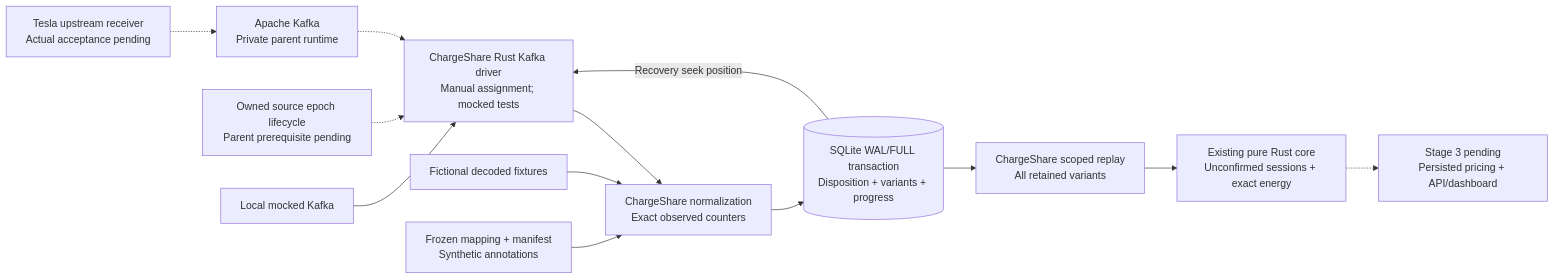
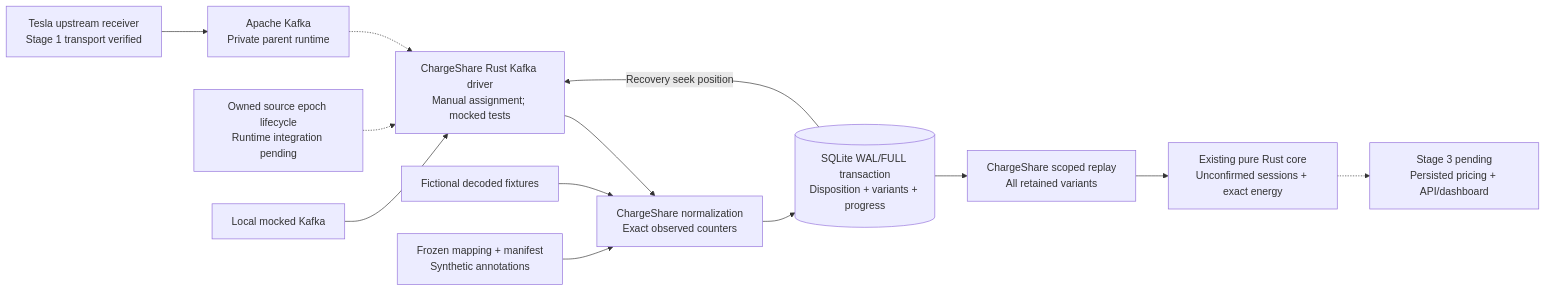
The diagram in openspec/changes/durable-synthetic-ingestion/design.md (jestrada/ChargeShare), drawn with Mermaid before and after one commit. The commit also changed other lines of this file and 7 other files, not shown here.

Commit message:
Reconcile ingestion with verified parent and check platform boundaries

````diff
--- a/openspec/changes/durable-synthetic-ingestion/design.md
+++ b/openspec/changes/durable-synthetic-ingestion/design.md
@@ -7,15 +7,15 @@
 ```mermaid
 flowchart LR
-    receiver["Tesla upstream receiver<br/>Actual acceptance pending"] -.-> kafka["Apache Kafka<br/>Private parent runtime"]
+    receiver["Tesla upstream receiver<br/>Stage 1 transport verified"] --> kafka["Apache Kafka<br/>Private parent runtime"]
     kafka -.-> consumer["ChargeShare Rust Kafka driver<br/>Manual assignment; mocked tests"]
-    epoch["Owned source epoch lifecycle<br/>Parent prerequisite pending"] -.-> consumer
+    epoch["Owned source epoch lifecycle<br/>Runtime integration pending"] -.-> consumer
     mock["Local mocked Kafka"] --> consumer
     candidate["Fictional decoded fixtures"] --> adapter["ChargeShare normalization<br/>Exact observed counters"]
     consumer --> adapter
     manifest["Frozen mapping + manifest<br/>Synthetic annotations"] --> adapter
     adapter --> transaction[("SQLite WAL/FULL transaction<br/>Disposition + variants + progress")]
     transaction -- "Recovery seek position" --> consumer
     transaction --> replay["ChargeShare scoped replay<br/>All retained variants"]
     replay --> core["Existing pure Rust core<br/>Unconfirmed sessions + exact energy"]
     core -.-> later["Stage 3 pending<br/>Persisted pricing + API/dashboard"]
 ```
````
